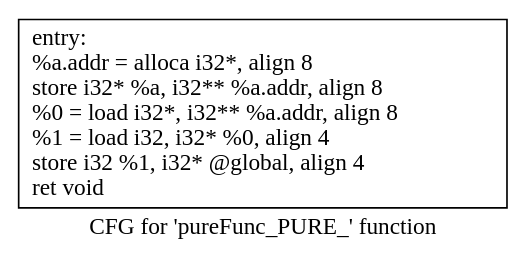
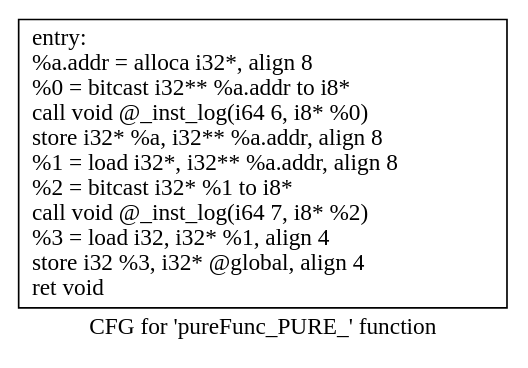
Before and after one commit to mattqemo/eecs583fp: the diagram in 583simple/.pureFunc_PURE_.dot, drawn with Graphviz. The commit also changed 17 other files, not shown here.

```diff
--- a/583simple/.pureFunc_PURE_.dot
+++ b/583simple/.pureFunc_PURE_.dot
@@ -1,5 +1,5 @@
 digraph "CFG for 'pureFunc_PURE_' function" {
 	label="CFG for 'pureFunc_PURE_' function";
 
-	Node0x55b8c4fe1fd0 [shape=record,label="{entry:\l  %a.addr = alloca i32*, align 8\l  store i32* %a, i32** %a.addr, align 8\l  %0 = load i32*, i32** %a.addr, align 8\l  %1 = load i32, i32* %0, align 4\l  store i32 %1, i32* @global, align 4\l  ret void\l}"];
+	Node0x55da294df080 [shape=record,label="{entry:\l  %a.addr = alloca i32*, align 8\l  %0 = bitcast i32** %a.addr to i8*\l  call void @_inst_log(i64 6, i8* %0)\l  store i32* %a, i32** %a.addr, align 8\l  %1 = load i32*, i32** %a.addr, align 8\l  %2 = bitcast i32* %1 to i8*\l  call void @_inst_log(i64 7, i8* %2)\l  %3 = load i32, i32* %1, align 4\l  store i32 %3, i32* @global, align 4\l  ret void\l}"];
 }
```
